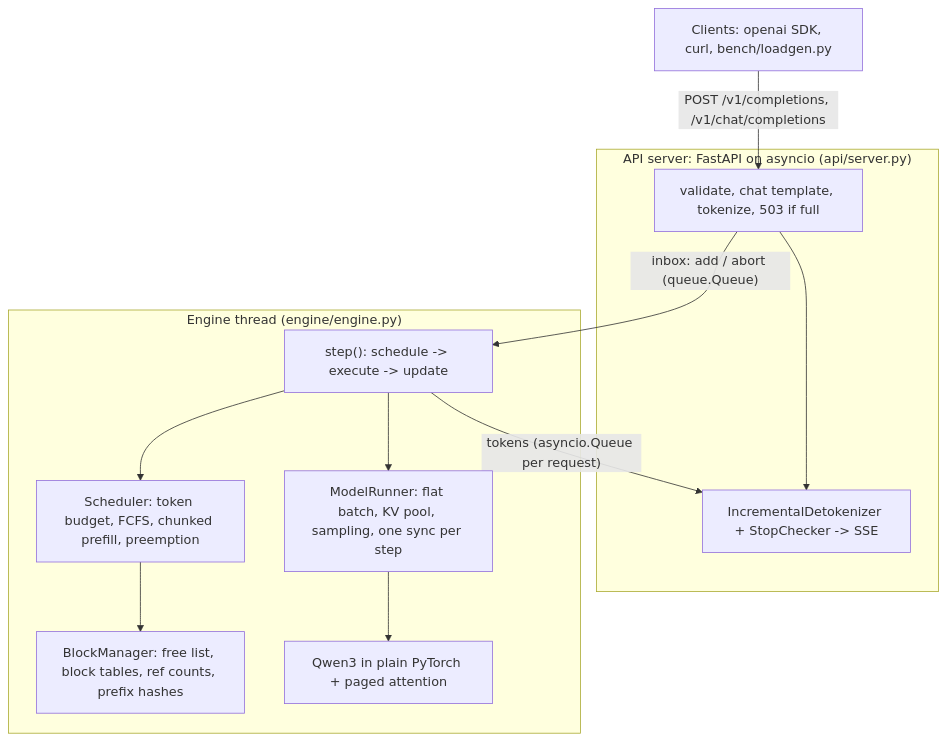
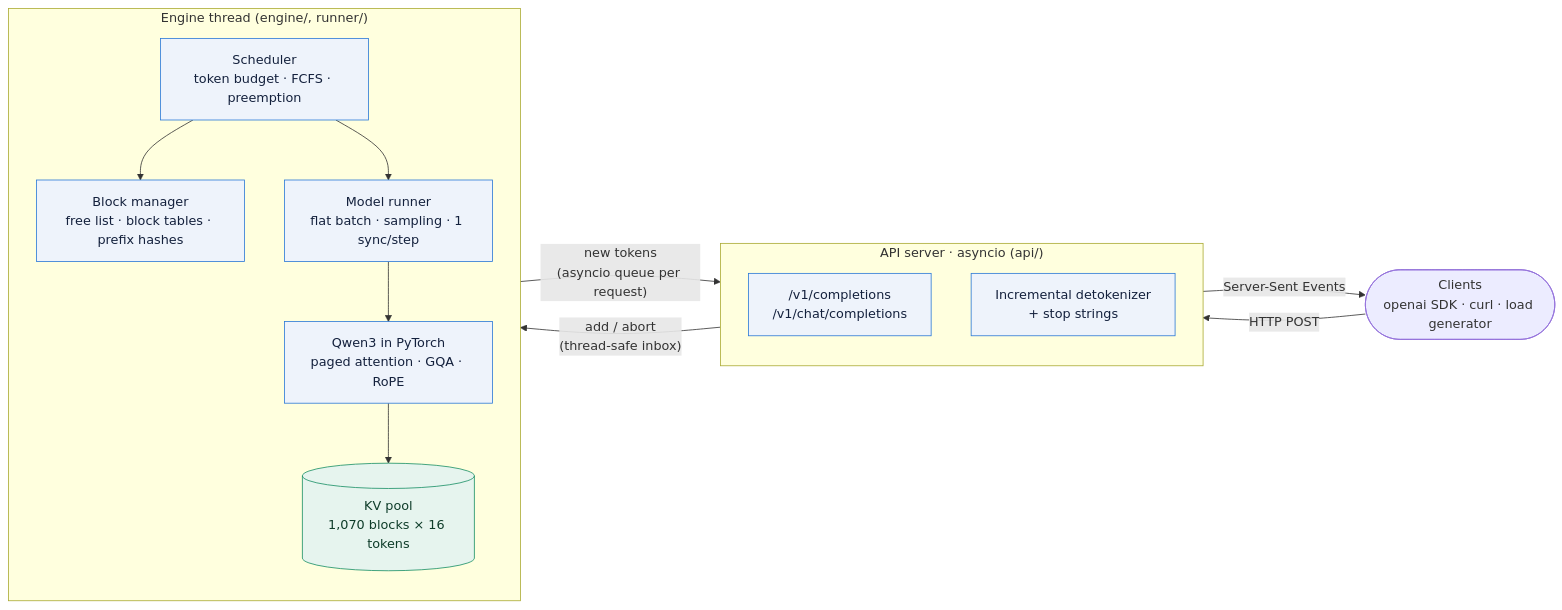
The first of 3 diagrams in README.md (ahrazkk/MiniServe), drawn with Mermaid before and after one commit. The commit also changed other lines of this file and 60 other files, not shown here.

````diff
--- a/README.md
+++ b/README.md
@@ -16,15 +54,31 @@
 ```mermaid
-flowchart TB
-    C["Clients: openai SDK, curl, bench/loadgen.py"] -->|"POST /v1/completions, /v1/chat/completions"| A
-    subgraph API ["API server: FastAPI on asyncio (api/server.py)"]
-        A["validate, chat template, tokenize, 503 if full"] --> G["IncrementalDetokenizer + StopChecker -> SSE"]
+flowchart LR
+    client(["Clients<br/>openai SDK · curl · load generator"])
+
+    subgraph api["API server · asyncio (api/)"]
+        direction TB
+        h["/v1/completions<br/>/v1/chat/completions"]
+        d["Incremental detokenizer<br/>+ stop strings"]
     end
-    A -->|"inbox: add / abort (queue.Queue)"| E
-    subgraph ENG ["Engine thread (engine/engine.py)"]
-        E["step(): schedule -> execute -> update"] --> S["Scheduler: token budget, FCFS, chunked prefill, preemption"]
-        S --> B["BlockManager: free list, block tables, ref counts, prefix hashes"]
-        E --> R["ModelRunner: flat batch, KV pool, sampling, one sync per step"]
-        R --> M["Qwen3 in plain PyTorch + paged attention"]
+
+    subgraph eng["Engine thread (engine/, runner/)"]
+        direction TB
+        s["Scheduler<br/>token budget · FCFS · preemption"]
+        b["Block manager<br/>free list · block tables · prefix hashes"]
+        r["Model runner<br/>flat batch · sampling · 1 sync/step"]
+        m["Qwen3 in PyTorch<br/>paged attention · GQA · RoPE"]
+        kv[("KV pool<br/>1,070 blocks × 16 tokens")]
+        s --> b
+        s --> r --> m --> kv
     end
-    E -->|"tokens (asyncio.Queue per request)"| G
+
+    client -- "HTTP POST" --> h
+    h -- "add / abort<br/>(thread-safe inbox)" --> s
+    r -- "new tokens<br/>(asyncio queue per request)" --> d
+    d -- "Server-Sent Events" --> client
+
+    classDef box fill:#eef3fb,stroke:#2a78d6,color:#14213d
+    classDef store fill:#e6f4ee,stroke:#178f64,color:#0f3d2a
+    class h,d,s,b,r,m box
+    class kv store
 ```
````
